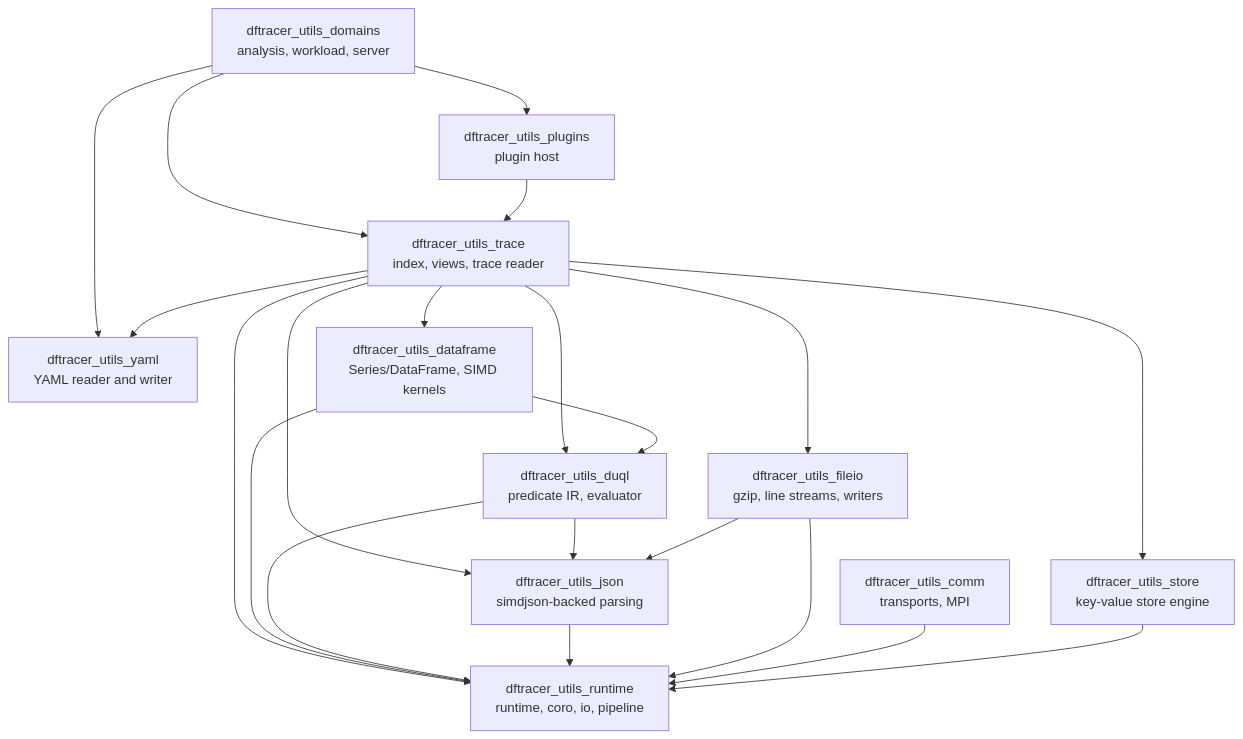
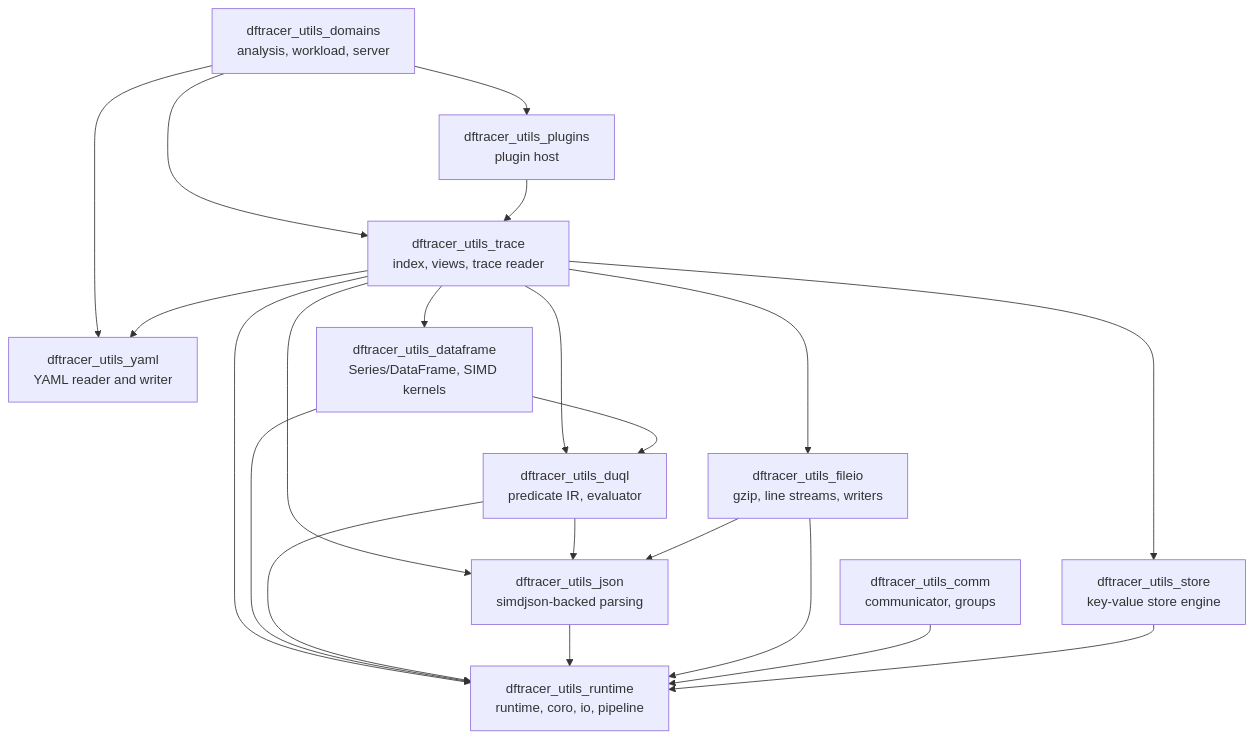
The first of 2 diagrams in docs/source/concepts/architecture.rst (llnl-asr/dftracer-utils), drawn with Mermaid before and after one commit. The commit also changed other lines of this file and 15 other files, not shown here.

Commit message:
docs(comm): add the communicator guide, its examples, the comm api page and the plugin call contract

```diff
--- a/docs/source/concepts/architecture.rst
+++ b/docs/source/concepts/architecture.rst
@@ -140,34 +150,34 @@
 .. mermaid::
 
    graph TB
        Runtime["dftracer_utils_runtime<br/>runtime, coro, io, pipeline"]
-       Comm["dftracer_utils_comm<br/>transports, MPI"]
+       Comm["dftracer_utils_comm<br/>communicator, groups"]
        Store["dftracer_utils_store<br/>key-value store engine"]
        Io["dftracer_utils_fileio<br/>gzip, line streams, writers"]
        Json["dftracer_utils_json<br/>simdjson-backed parsing"]
        Yaml["dftracer_utils_yaml<br/>YAML reader and writer"]
        Query["dftracer_utils_duql<br/>predicate IR, evaluator"]
        DF["dftracer_utils_dataframe<br/>Series/DataFrame, SIMD kernels"]
        Trace["dftracer_utils_trace<br/>index, views, trace reader"]
        Plugins["dftracer_utils_plugins<br/>plugin host"]
        Util["dftracer_utils_domains<br/>analysis, workload, server"]
        Store --> Runtime
        Comm --> Runtime
        Io --> Runtime
        Io --> Json
        Json --> Runtime
        Query --> Runtime
        Query --> Json
        DF --> Runtime
        DF --> Query
        Trace --> Runtime
        Trace --> Store
        Trace --> Io
        Trace --> Json
        Trace --> Yaml
        Trace --> Query
        Trace --> DF
        Plugins --> Trace
        Util --> Plugins
        Util --> Trace
        Util --> Yaml
```
